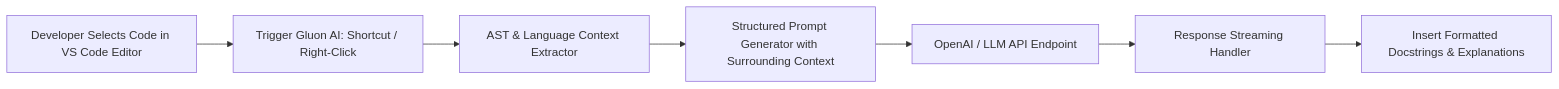
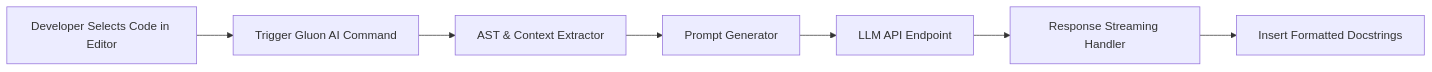
One commit to nagarajpoojari404/opennotes changed the diagram in content/projects/gluon-ai.md. Above: the diagram before and after it, drawn with Mermaid. The commit also changed 3 other files, not shown here.

````diff
--- a/content/projects/gluon-ai.md
+++ b/content/projects/gluon-ai.md
@@ -18,9 +18,9 @@
 ```mermaid
 flowchart LR
-    Editor[Developer Selects Code in VS Code Editor] --> Command[Trigger Gluon AI: Shortcut / Right-Click]
-    Command --> Parser[AST & Language Context Extractor]
-    Parser --> PromptGen[Structured Prompt Generator with Surrounding Context]
-    PromptGen --> LLM[OpenAI / LLM API Endpoint]
-    LLM --> Streamer[Response Streaming Handler]
-    Streamer --> InlineDoc[Insert Formatted Docstrings & Explanations]
+    Editor["Developer Selects Code in Editor"] --> Command["Trigger Gluon AI Command"]
+    Command --> Parser["AST & Context Extractor"]
+    Parser --> PromptGen["Prompt Generator"]
+    PromptGen --> LLM["LLM API Endpoint"]
+    LLM --> Streamer["Response Streaming Handler"]
+    Streamer --> InlineDoc["Insert Formatted Docstrings"]
 ```
````
